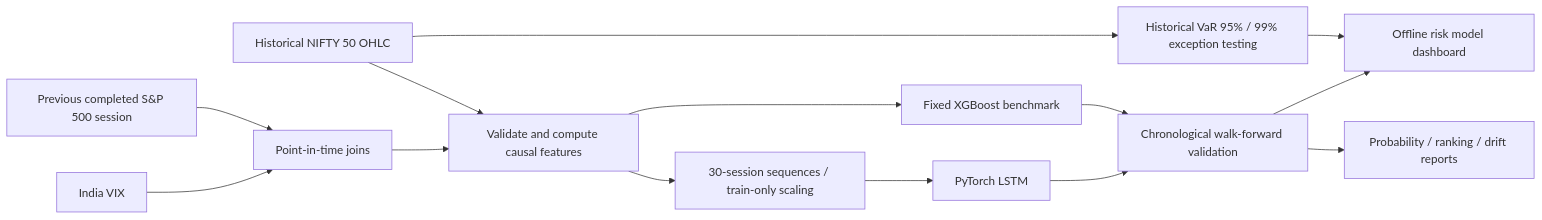
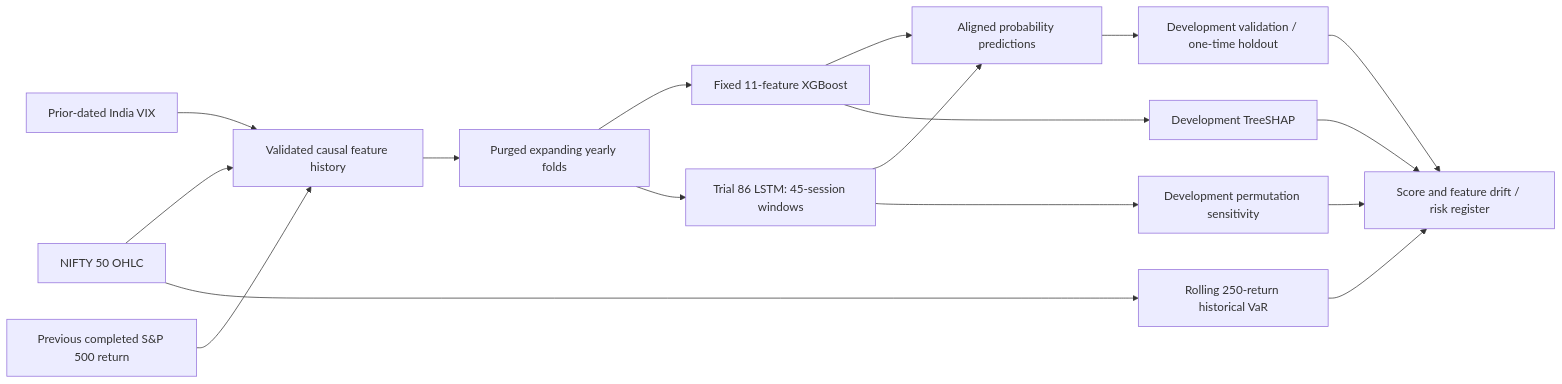
Before and after one commit to devshah207/RiskLens: the diagram in README.md, drawn with Mermaid. The commit also changed other lines of this file and 5 other files, not shown here.

Commit message:
docs: align Phase 4-6 findings, roadmap and Citi validation memo

````diff
--- a/README.md
+++ b/README.md
@@ -21,16 +22,19 @@
 ```mermaid
 flowchart LR
- A[Historical NIFTY 50 OHLC] --> D[Validate and compute causal features]
- B[India VIX] --> E[Point-in-time joins]
- C[Previous completed S&P 500 session] --> E
- E --> D
- D --> F[30-session sequences / train-only scaling]
- F --> G[PyTorch LSTM]
- D --> H[Fixed XGBoost benchmark]
- G --> I[Chronological walk-forward validation]
- H --> I
- I --> J[Probability / ranking / drift reports]
- A --> K[Historical VaR 95% / 99% exception testing]
- I --> L[Offline risk model dashboard]
- K --> L
+  A[NIFTY 50 OHLC] --> D[Validated causal feature history]
+  B[Prior-dated India VIX] --> D
+  C[Previous completed S&P 500 return] --> D
+  D --> E[Purged expanding yearly folds]
+  E --> F[Fixed 11-feature XGBoost]
+  E --> G[Trial 86 LSTM: 45-session windows]
+  F --> H[Aligned probability predictions]
+  G --> H
+  H --> I[Development validation / one-time holdout]
+  A --> J[Rolling 250-return historical VaR]
+  I --> K[Score and feature drift / risk register]
+  J --> K
+  F --> L[Development TreeSHAP]
+  G --> M[Development permutation sensitivity]
+  L --> K
+  M --> K
 ```
````
